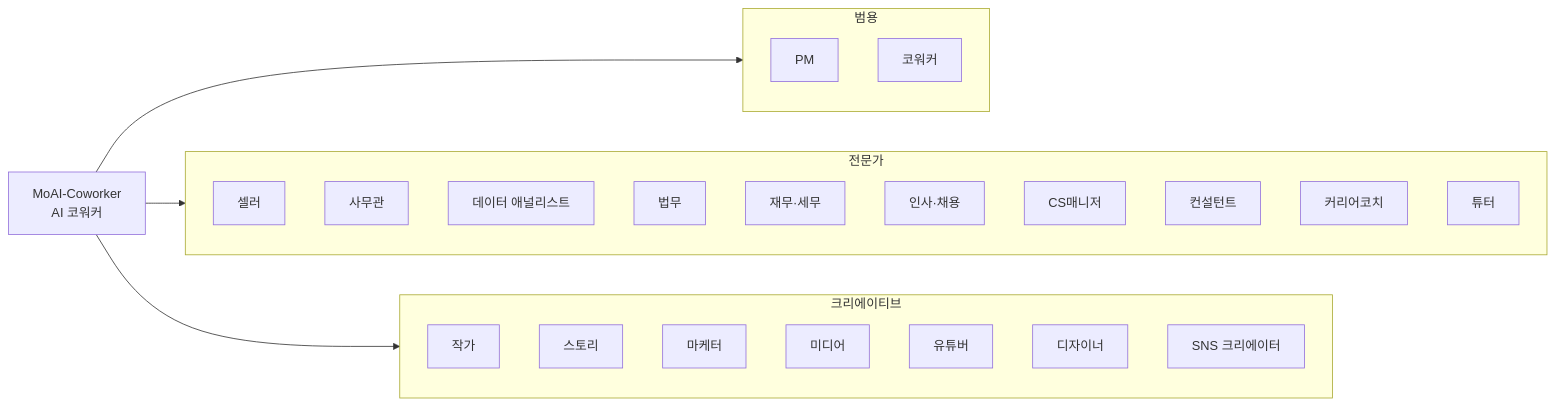
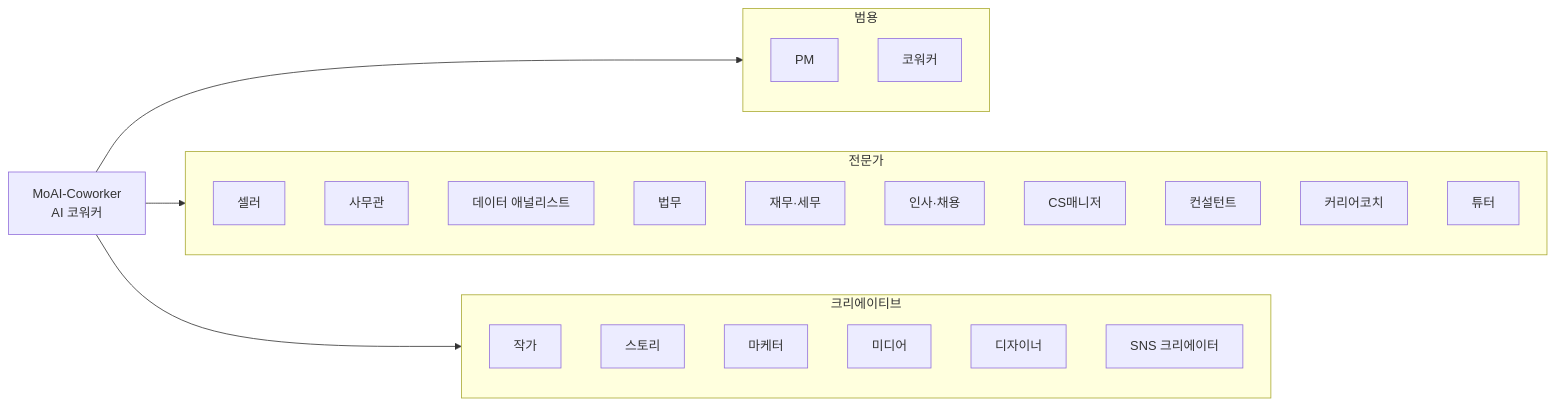
Before and after one commit to modu-ai/cowork-plugins: the diagram in www/content/moai-agents/_index.md, drawn with Mermaid. The commit also changed other lines of this file and 152 other files, not shown here.

````diff
--- a/www/content/moai-agents/_index.md
+++ b/www/content/moai-agents/_index.md
@@ -18,34 +18,33 @@
 ```mermaid
 flowchart LR
    HUB["MoAI-Coworker<br/>AI 코워커"]
 
    subgraph G1["범용"]
        PM["PM"]
        CW["코워커"]
    end
    subgraph G2["전문가"]
        SE["셀러"]
        OF["사무관"]
        AN["데이터 애널리스트"]
        LA["법무"]
        AC["재무·세무"]
        RE["인사·채용"]
        CS["CS매니저"]
        CO["컨설턴트"]
        CA["커리어코치"]
        TU["튜터"]
    end
    subgraph G3["크리에이티브"]
        WR["작가"]
        ST["스토리"]
        MK["마케터"]
        MD["미디어"]
-       YT["유튜버"]
        DE["디자이너"]
        TP["SNS 크리에이터"]
    end
 
    HUB --> G1
    HUB --> G2
    HUB --> G3
 ```
````
